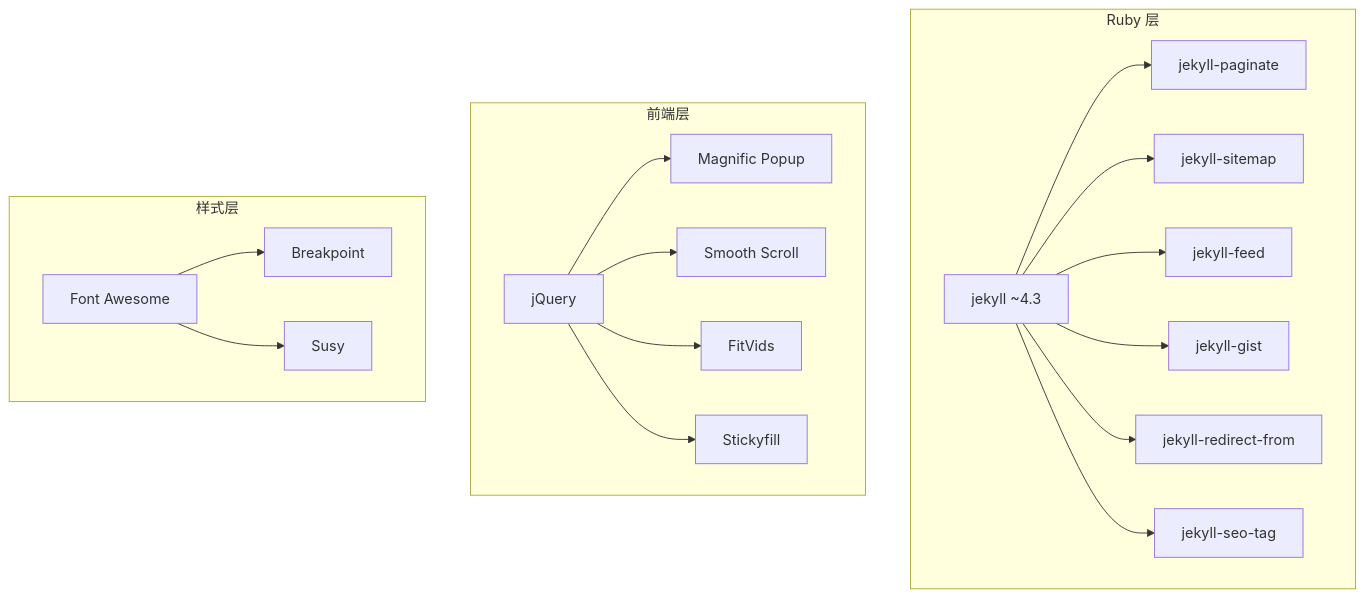
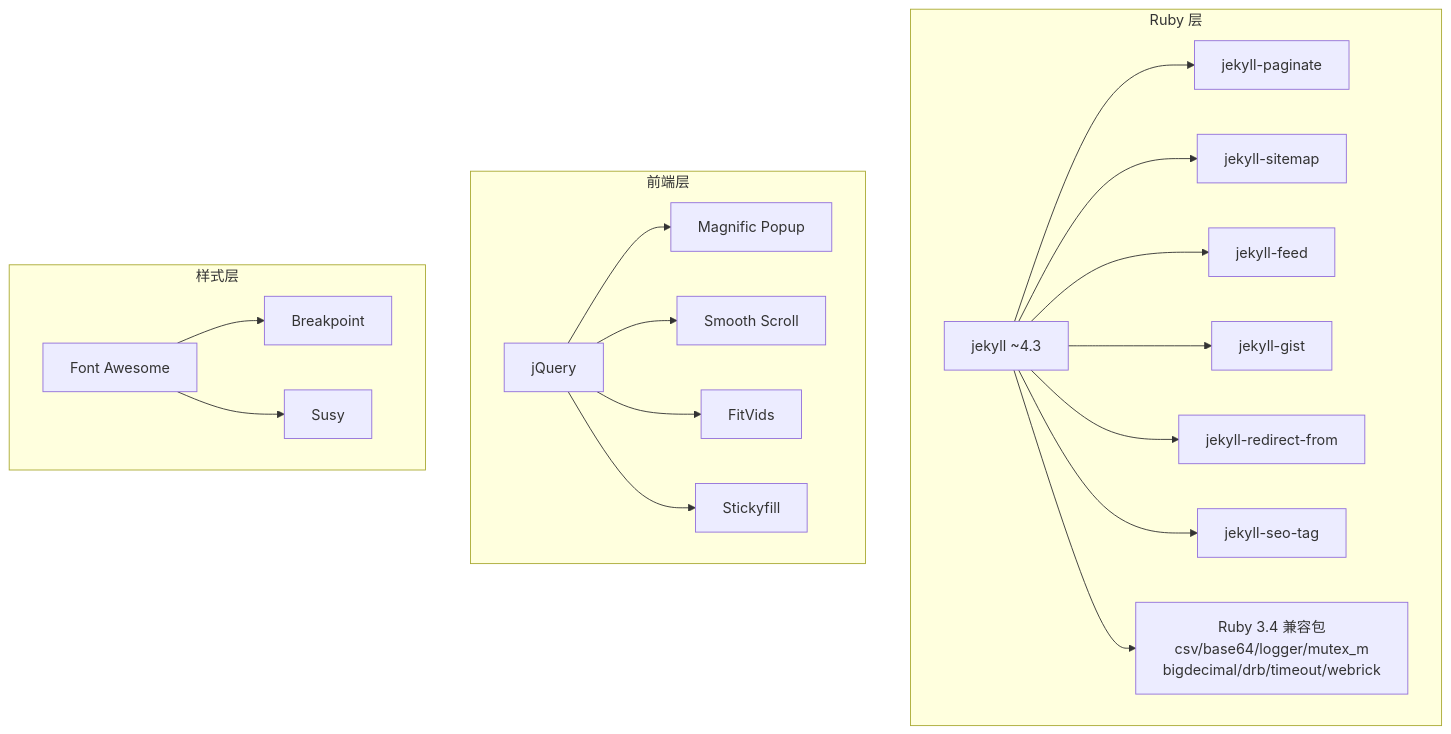
The seventh of 7 diagrams in .qoder/repowiki/zh/content/开发指南/开发指南.md (pizicaiman/pizicaiman.github.io), drawn with Mermaid before and after one commit. The commit also changed other lines of this file and 24 other files, not shown here.

````diff
--- a/.qoder/repowiki/zh/content/开发指南/开发指南.md
+++ b/.qoder/repowiki/zh/content/开发指南/开发指南.md
@@ -246,21 +294,22 @@
 ```mermaid
 graph TB
 subgraph "Ruby 层"
 J["jekyll ~4.3"] --> P1["jekyll-paginate"]
 J --> P2["jekyll-sitemap"]
 J --> P3["jekyll-feed"]
 J --> P4["jekyll-gist"]
 J --> P5["jekyll-redirect-from"]
 J --> P6["jekyll-seo-tag"]
+J --> R34["Ruby 3.4 兼容包<br/>csv/base64/logger/mutex_m<br/>bigdecimal/drb/timeout/webrick"]
 end
 subgraph "前端层"
 Q["jQuery"] --> M["Magnific Popup"]
 Q --> SS["Smooth Scroll"]
 Q --> FV["FitVids"]
 Q --> SF["Stickyfill"]
 end
 subgraph "样式层"
 FA["Font Awesome"] --> BKP["Breakpoint"]
 FA --> SUSY["Susy"]
 end
 ```
````
